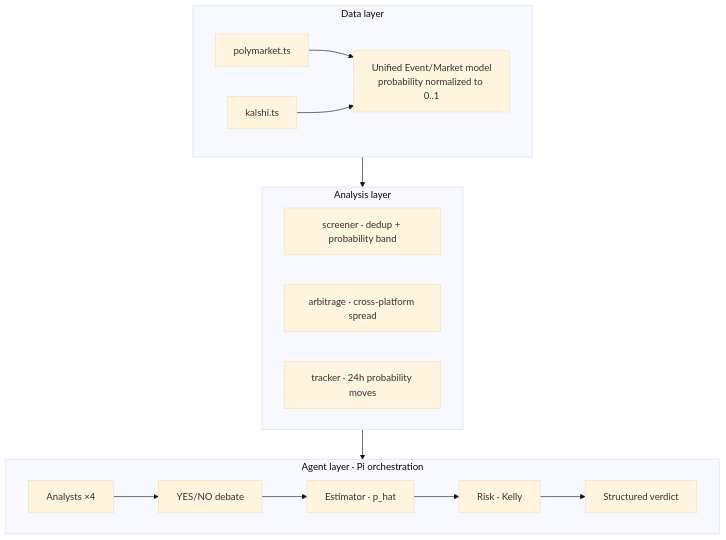
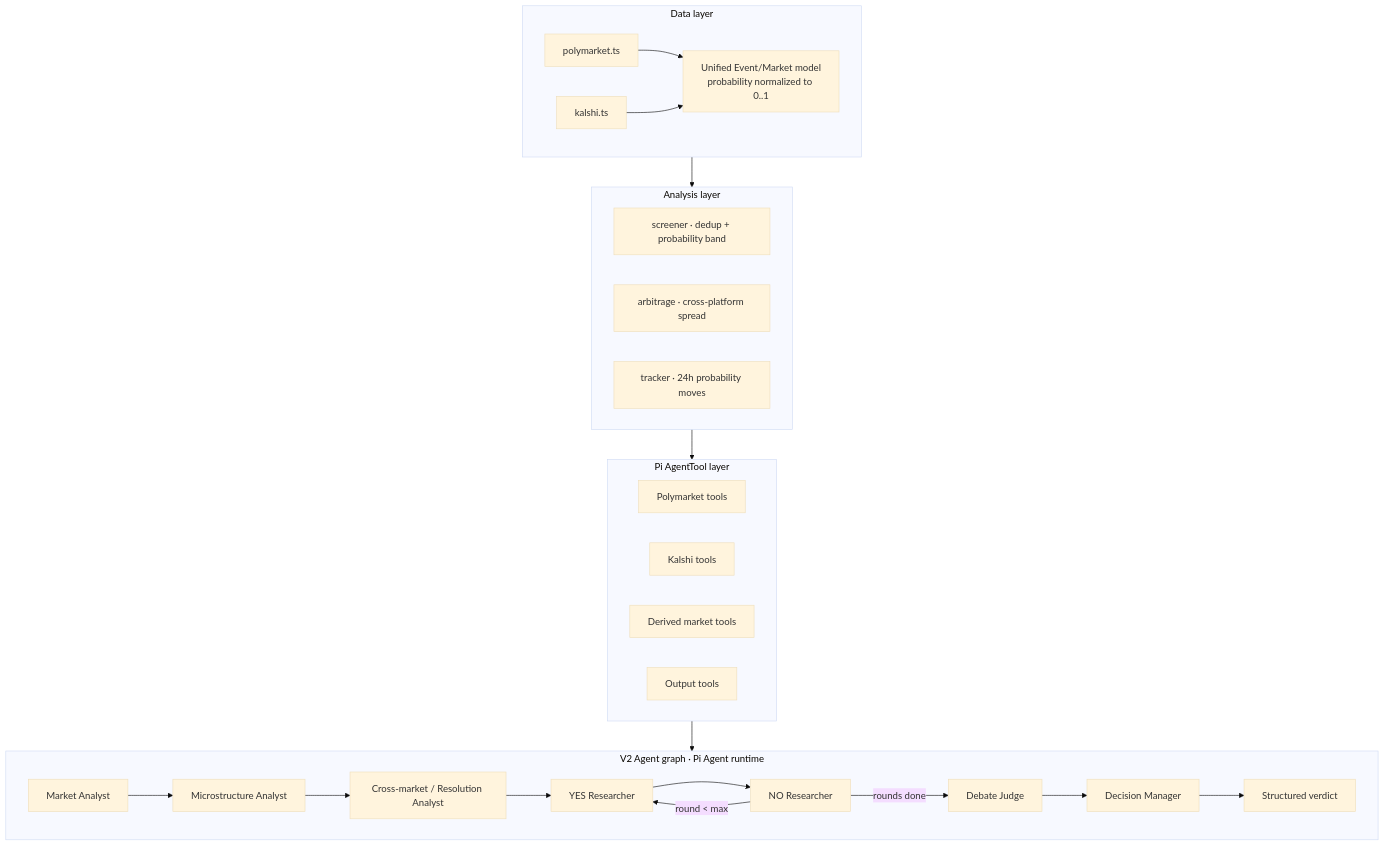
The diagram in README.md (leesta24/Squirrel), drawn with Mermaid (base theme) before and after one commit. The commit also changed other lines of this file and 4 other files, not shown here.

Commit message:
Add v2 debate graph and docs

````diff
--- a/README.md
+++ b/README.md
@@ -16,16 +22,27 @@
 ```mermaid
 flowchart TD
   subgraph D[Data layer]
     PM[polymarket.ts] --> U[Unified Event/Market model<br/>probability normalized to 0..1]
     KS[kalshi.ts] --> U
   end
   subgraph A[Analysis layer]
     SC[screener · dedup + probability band]
     AR[arbitrage · cross-platform spread]
     TR[tracker · 24h probability moves]
   end
-  subgraph G[Agent layer · Pi orchestration]
-    AN[Analysts ×4] --> DB[YES/NO debate] --> ES[Estimator · p_hat] --> RK[Risk · Kelly] --> V[Structured verdict]
+  subgraph T[Pi AgentTool layer]
+    PT[Polymarket tools]
+    KT[Kalshi tools]
+    DT[Derived market tools]
+    OT[Output tools]
   end
-  D --> A --> G
+  subgraph G[V2 Agent graph · Pi Agent runtime]
+    MA[Market Analyst] --> MI[Microstructure Analyst] --> XA[Cross-market / Resolution Analyst]
+    XA --> YES[YES Researcher]
+    YES --> NO[NO Researcher]
+    NO -->|round < max| YES
+    NO -->|rounds done| J[Debate Judge]
+    J --> DM[Decision Manager] --> V[Structured verdict]
+  end
+  D --> A --> T --> G
 ```
````
